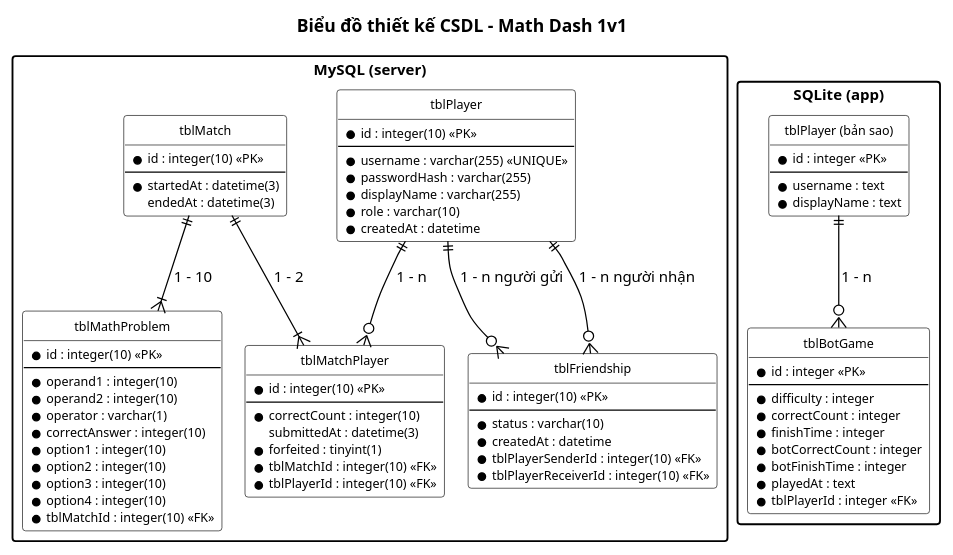
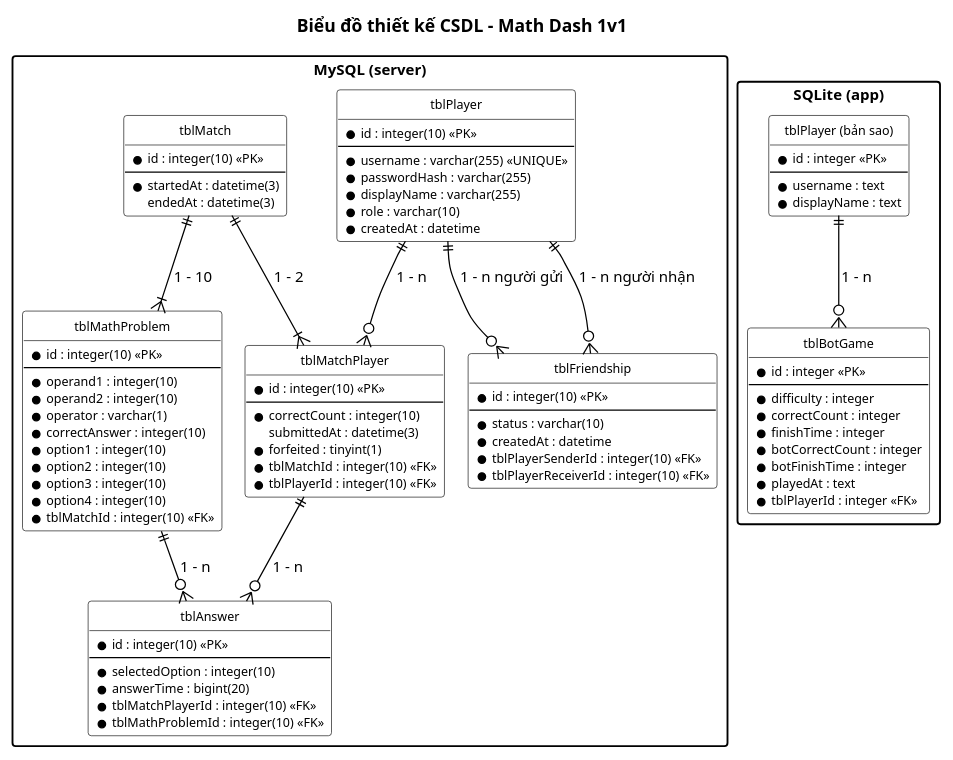
One commit to HungNguyenBa1811/math-dash changed the diagram in docs/chung/csdl.puml. Above: the diagram before and after it, drawn with PlantUML. The commit also changed 8 other files, not shown here.

Commit message:
docs(M1-01,M1-02,M1-03): bản 7: giao diện chính 2 nút, giao diện chơi online, thực thể Answer, bảng tblAnswer

```diff
--- a/docs/chung/csdl.puml
+++ b/docs/chung/csdl.puml
@@ -1,93 +1,103 @@
 @startuml csdl
 !pragma layout smetana
 ' === VP Base Theme v2 ===
 skinparam defaultFontName "Segoe UI"
 skinparam defaultFontSize 12
 skinparam shadowing false
 skinparam arrowColor #000000
 skinparam lineColor #000000
 hide circle
 skinparam class {
   BackgroundColor #FFFFFF
   BorderColor #000000
   FontSize 11
   AttributeFontSize 10
 }
 skinparam packageStyle rectangle
 title Biểu đồ thiết kế CSDL – Math Dash 1v1
 
 package "MySQL (server)" {
   entity "tblPlayer" as SP {
     * id : integer(10) <<PK>>
     --
     * username : varchar(255) <<UNIQUE>>
     * passwordHash : varchar(255)
     * displayName : varchar(255)
     * role : varchar(10)
     * createdAt : datetime
   }
   entity "tblMatch" as SM {
     * id : integer(10) <<PK>>
     --
     * startedAt : datetime(3)
     endedAt : datetime(3)
   }
   entity "tblMathProblem" as SQ {
     * id : integer(10) <<PK>>
     --
     * operand1 : integer(10)
     * operand2 : integer(10)
     * operator : varchar(1)
     * correctAnswer : integer(10)
     * option1 : integer(10)
     * option2 : integer(10)
     * option3 : integer(10)
     * option4 : integer(10)
     * tblMatchId : integer(10) <<FK>>
   }
   entity "tblMatchPlayer" as SMP {
     * id : integer(10) <<PK>>
     --
     * correctCount : integer(10)
     submittedAt : datetime(3)
     * forfeited : tinyint(1)
     * tblMatchId : integer(10) <<FK>>
     * tblPlayerId : integer(10) <<FK>>
   }
+  entity "tblAnswer" as SA {
+    * id : integer(10) <<PK>>
+    --
+    * selectedOption : integer(10)
+    * answerTime : bigint(20)
+    * tblMatchPlayerId : integer(10) <<FK>>
+    * tblMathProblemId : integer(10) <<FK>>
+  }
   entity "tblFriendship" as SF {
     * id : integer(10) <<PK>>
     --
     * status : varchar(10)
     * createdAt : datetime
     * tblPlayerSenderId : integer(10) <<FK>>
     * tblPlayerReceiverId : integer(10) <<FK>>
   }
 }
 
 package "SQLite (app)" {
   entity "tblPlayer (bản sao)" as AP {
     * id : integer <<PK>>
     --
     * username : text
     * displayName : text
   }
   entity "tblBotGame" as ABG {
     * id : integer <<PK>>
     --
     * difficulty : integer
     * correctCount : integer
     * finishTime : integer
     * botCorrectCount : integer
     * botFinishTime : integer
     * playedAt : text
     * tblPlayerId : integer <<FK>>
   }
 }
 
 SM ||--|{ SMP : "1 - 2"
 SM ||--|{ SQ : "1 - 10"
 SP ||--o{ SMP : "1 - n"
+SMP ||--o{ SA : "1 - n"
+SQ ||--o{ SA : "1 - n"
 SP ||--o{ SF : "1 - n người gửi"
 SP ||--o{ SF : "1 - n người nhận"
 AP ||--o{ ABG : "1 - n"
 @enduml
```
